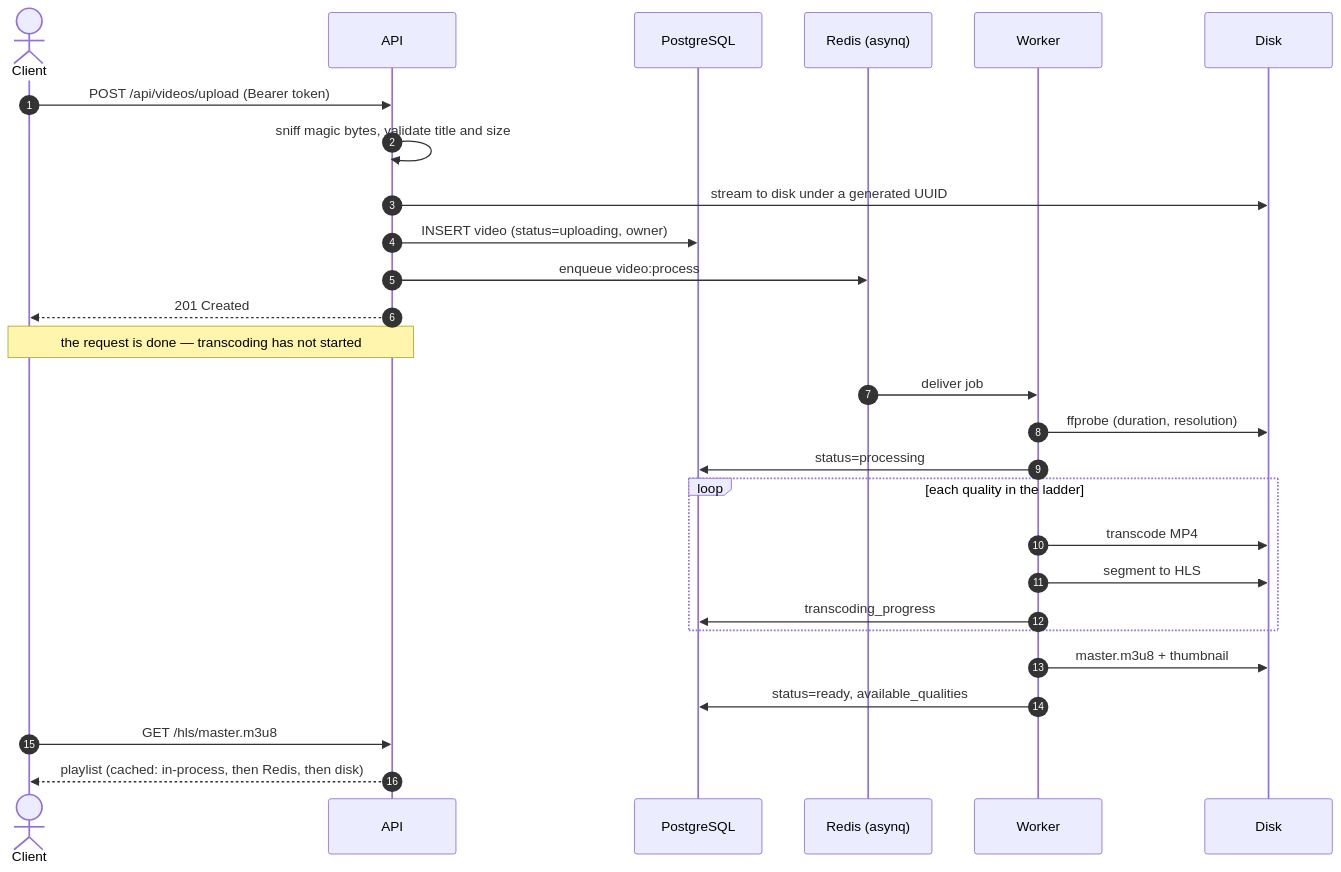
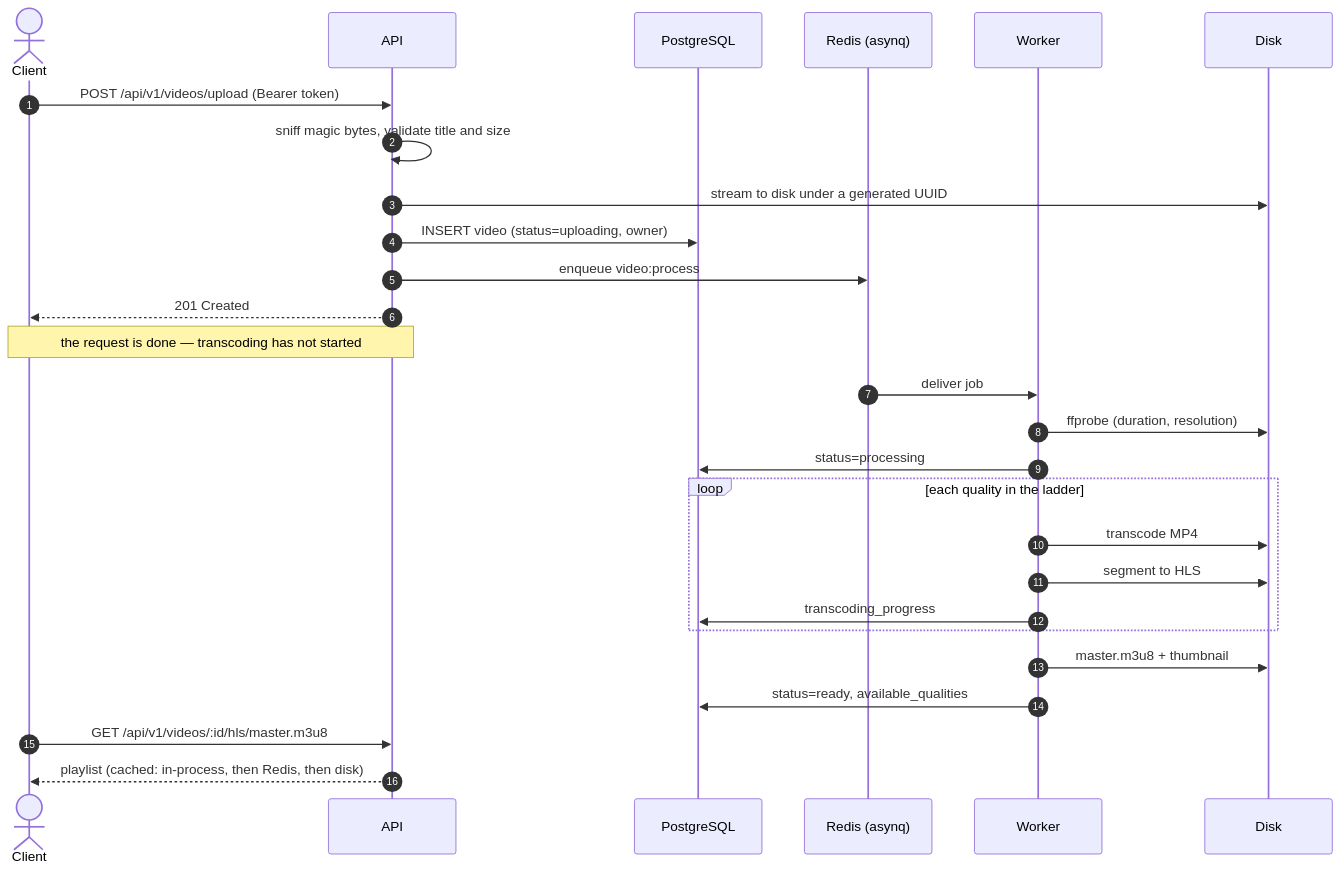
The second of 6 diagrams in README.md (Nuu-maan/video-streaming-service), drawn with Mermaid before and after one commit. The commit also changed other lines of this file and 1 other file, not shown here.

First line of the commit message:
docs: rewrite the README for a standalone API server

````diff
--- a/README.md
+++ b/README.md
@@ -74,32 +151,32 @@
 ```mermaid
 sequenceDiagram
     autonumber
     actor U as Client
     participant A as API
     participant DB as PostgreSQL
     participant Q as Redis (asynq)
     participant W as Worker
     participant FS as Disk
 
-    U->>A: POST /api/videos/upload (Bearer token)
+    U->>A: POST /api/v1/videos/upload (Bearer token)
     A->>A: sniff magic bytes, validate title and size
     A->>FS: stream to disk under a generated UUID
     A->>DB: INSERT video (status=uploading, owner)
     A->>Q: enqueue video:process
     A-->>U: 201 Created
     Note over U,A: the request is done — transcoding has not started
 
     Q->>W: deliver job
     W->>FS: ffprobe (duration, resolution)
     W->>DB: status=processing
     loop each quality in the ladder
         W->>FS: transcode MP4
         W->>FS: segment to HLS
         W->>DB: transcoding_progress
     end
     W->>FS: master.m3u8 + thumbnail
     W->>DB: status=ready, available_qualities
 
-    U->>A: GET /hls/master.m3u8
+    U->>A: GET /api/v1/videos/:id/hls/master.m3u8
     A-->>U: playlist (cached: in-process, then Redis, then disk)
 ```
````
